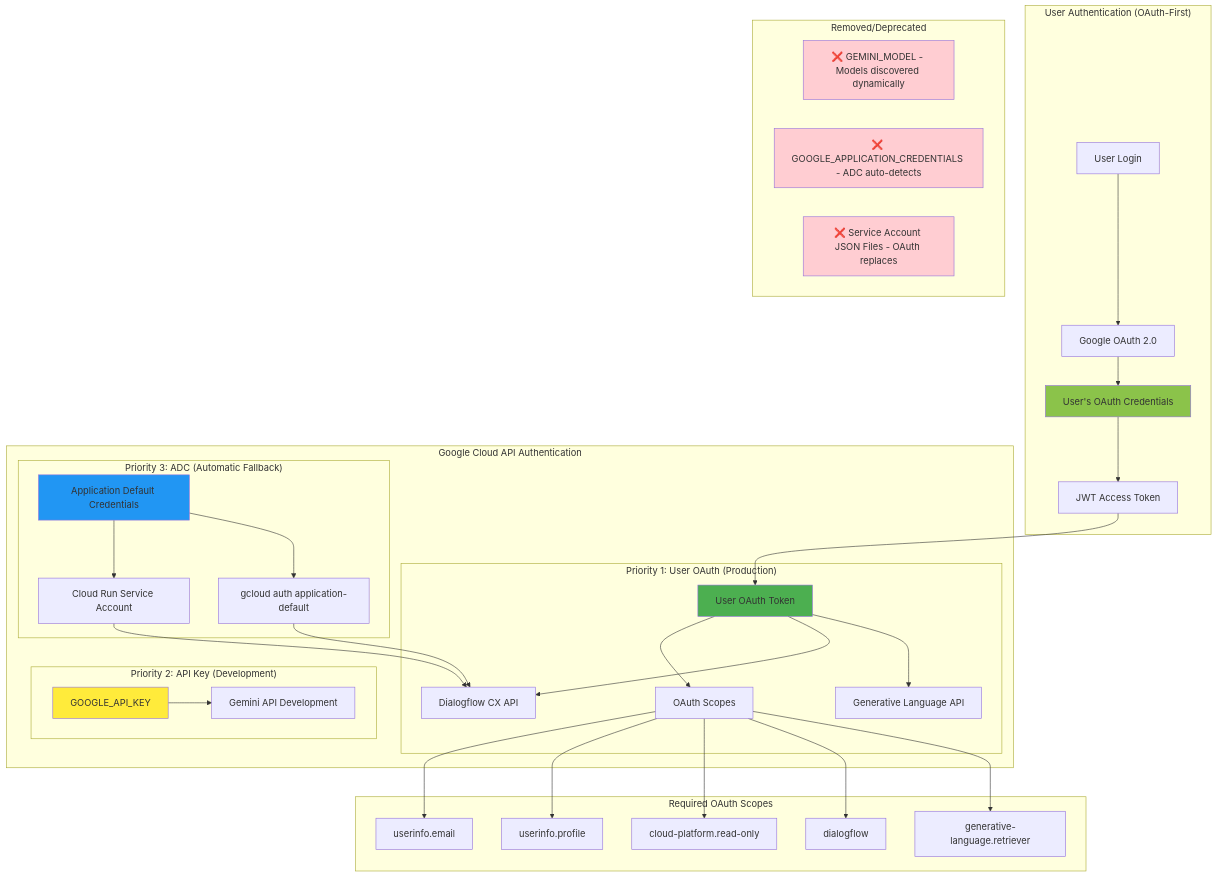
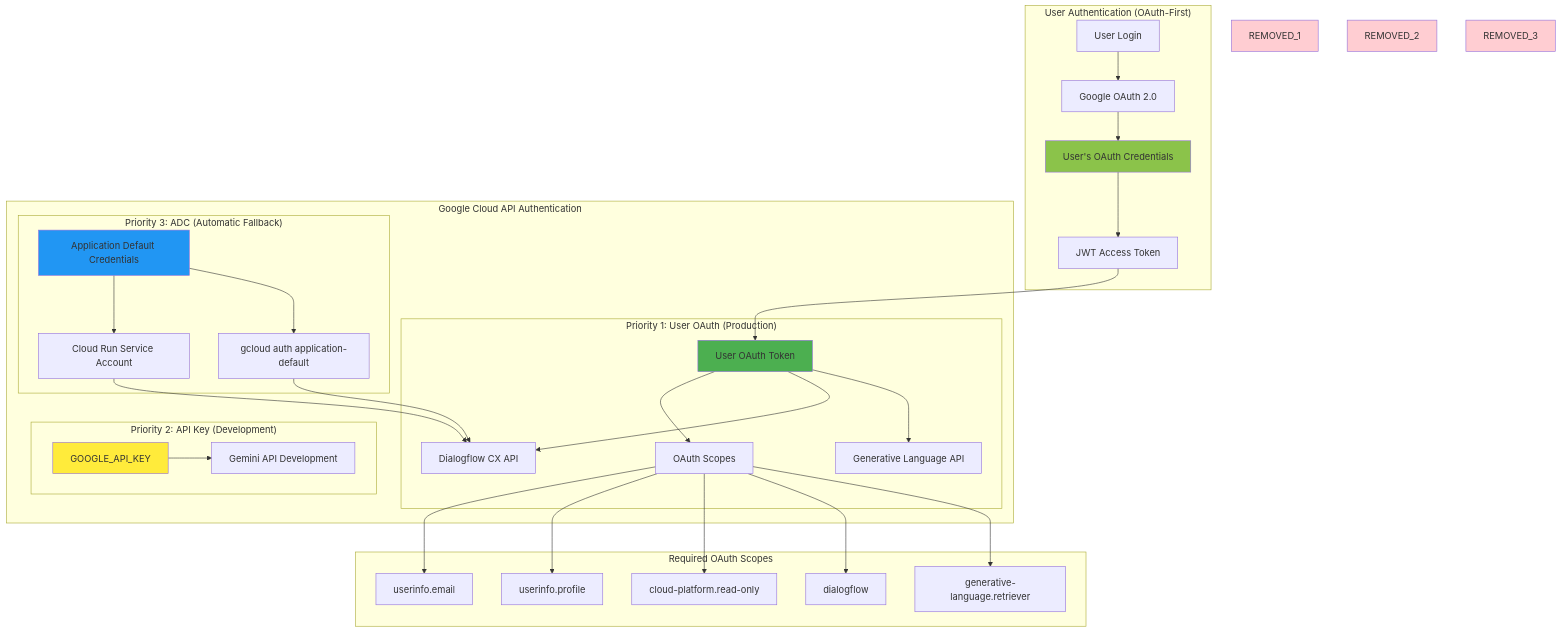
Before and after one commit to davearlin/agent-test-suite: the sixth of 9 diagrams in design/deployment-devops.md, drawn with Mermaid.

Commit message:
Removed uncessary parts of documentation.

````diff
--- a/design/deployment-devops.md
+++ b/design/deployment-devops.md
@@ -609,73 +609,67 @@
 ```mermaid
 graph TB
     subgraph "User Authentication (OAuth-First)"
         USER[User Login]
         GOOGLE_OAUTH[Google OAuth 2.0]
         USER_CREDS[User's OAuth Credentials]
         JWT_TOKEN[JWT Access Token]
     end
     
     subgraph "Google Cloud API Authentication"
         subgraph "Priority 1: User OAuth (Production)"
             USER_TOKEN[User OAuth Token]
             USER_SCOPES[OAuth Scopes]
             DIALOGFLOW_API[Dialogflow CX API]
             GEMINI_API[Generative Language API]
         end
         
         subgraph "Priority 2: API Key (Development)"
             DEV_API_KEY[GOOGLE_API_KEY]
             DEV_GEMINI[Gemini API Development]
         end
         
         subgraph "Priority 3: ADC (Automatic Fallback)"
             ADC[Application Default Credentials]
             GCP_SERVICE_ACCOUNT[Cloud Run Service Account]
             GCLOUD_AUTH[gcloud auth application-default]
         end
     end
     
     subgraph "Required OAuth Scopes"
         SCOPE_EMAIL[userinfo.email]
         SCOPE_PROFILE[userinfo.profile]
         SCOPE_GCP[cloud-platform.read-only]
         SCOPE_DIALOGFLOW[dialogflow]
         SCOPE_GEMINI[generative-language.retriever]
     end
     
-    subgraph "Removed/Deprecated"
-        REMOVED_1[❌ GEMINI_MODEL - Models discovered dynamically]
-        REMOVED_2[❌ GOOGLE_APPLICATION_CREDENTIALS - ADC auto-detects]
-        REMOVED_3[❌ Service Account JSON Files - OAuth replaces]
-    end
-    
     USER --> GOOGLE_OAUTH
     GOOGLE_OAUTH --> USER_CREDS
     USER_CREDS --> JWT_TOKEN
     JWT_TOKEN --> USER_TOKEN
     
     USER_TOKEN --> USER_SCOPES
     USER_SCOPES --> SCOPE_EMAIL
     USER_SCOPES --> SCOPE_PROFILE
     USER_SCOPES --> SCOPE_GCP
     USER_SCOPES --> SCOPE_DIALOGFLOW
     USER_SCOPES --> SCOPE_GEMINI
     
     USER_TOKEN --> DIALOGFLOW_API
     USER_TOKEN --> GEMINI_API
     
     DEV_API_KEY --> DEV_GEMINI
     
     ADC --> GCP_SERVICE_ACCOUNT
     ADC --> GCLOUD_AUTH
     GCP_SERVICE_ACCOUNT --> DIALOGFLOW_API
     GCLOUD_AUTH --> DIALOGFLOW_API
     
     style USER_TOKEN fill:#4caf50
     style USER_CREDS fill:#8bc34a
     style DEV_API_KEY fill:#ffeb3b
     style ADC fill:#2196f3
     style REMOVED_1 fill:#ffcdd2
     style REMOVED_2 fill:#ffcdd2
     style REMOVED_3 fill:#ffcdd2
 ```
````
